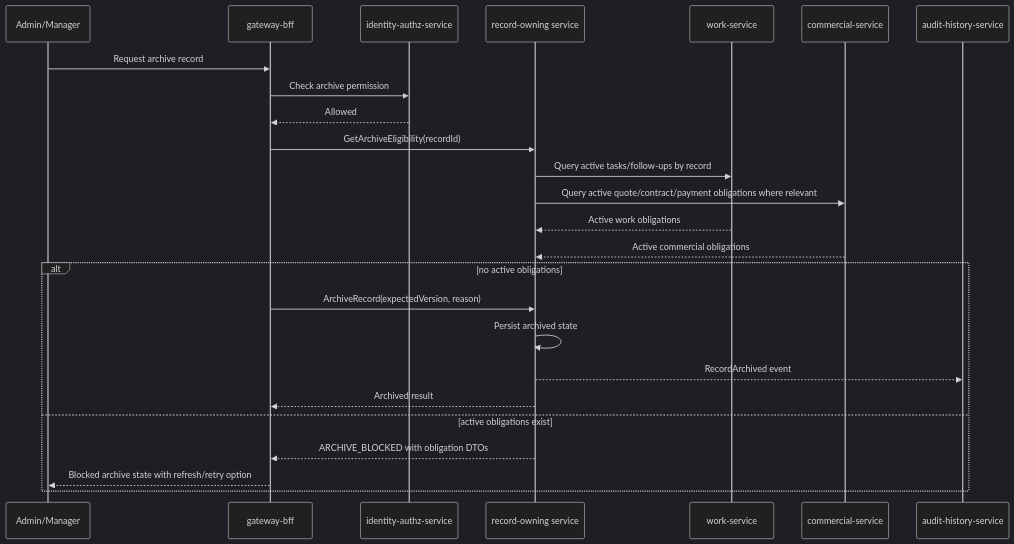
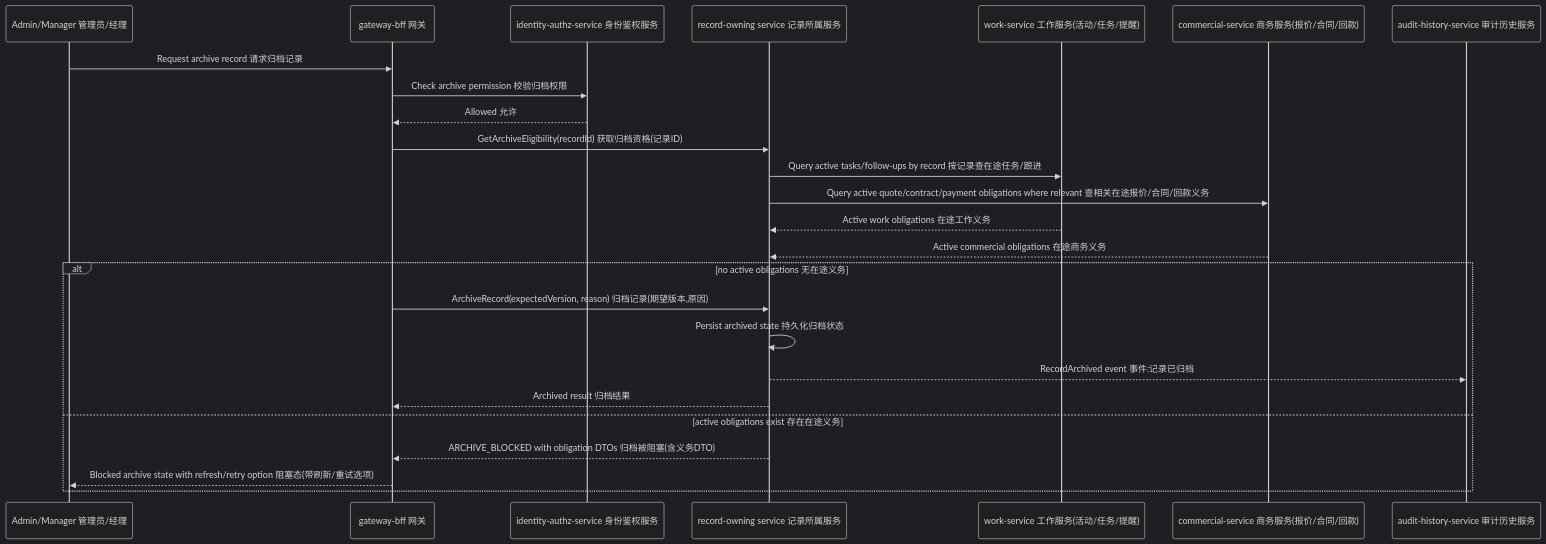
Before and after one commit to Neil996777/crm-system: diagram 11 of 14 in docs/architecture/architecture.md, drawn with Mermaid (dark theme). The commit also changed other lines of this file and 33 other files, not shown here.

````diff
--- a/docs/architecture/architecture.md
+++ b/docs/architecture/architecture.md
@@ -442,28 +442,28 @@
 ```mermaid
 sequenceDiagram
-  participant U as Admin/Manager
-  participant G as gateway-bff
-  participant P as identity-authz-service
-  participant R as record-owning service
-  participant W as work-service
-  participant C as commercial-service
-  participant H as audit-history-service
+  participant U as Admin/Manager 管理员/经理
+  participant G as gateway-bff 网关
+  participant P as identity-authz-service 身份鉴权服务
+  participant R as record-owning service 记录所属服务
+  participant W as work-service 工作服务(活动/任务/提醒)
+  participant C as commercial-service 商务服务(报价/合同/回款)
+  participant H as audit-history-service 审计历史服务
 
-  U->>G: Request archive record
-  G->>P: Check archive permission
-  P-->>G: Allowed
-  G->>R: GetArchiveEligibility(recordId)
-  R->>W: Query active tasks/follow-ups by record
-  R->>C: Query active quote/contract/payment obligations where relevant
-  W-->>R: Active work obligations
-  C-->>R: Active commercial obligations
-  alt no active obligations
-    G->>R: ArchiveRecord(expectedVersion, reason)
-    R->>R: Persist archived state
-    R-->>H: RecordArchived event
-    R-->>G: Archived result
-  else active obligations exist
-    R-->>G: ARCHIVE_BLOCKED with obligation DTOs
-    G-->>U: Blocked archive state with refresh/retry option
+  U->>G: Request archive record 请求归档记录
+  G->>P: Check archive permission 校验归档权限
+  P-->>G: Allowed 允许
+  G->>R: GetArchiveEligibility(recordId) 获取归档资格(记录ID)
+  R->>W: Query active tasks/follow-ups by record 按记录查在途任务/跟进
+  R->>C: Query active quote/contract/payment obligations where relevant 查相关在途报价/合同/回款义务
+  W-->>R: Active work obligations 在途工作义务
+  C-->>R: Active commercial obligations 在途商务义务
+  alt no active obligations 无在途义务
+    G->>R: ArchiveRecord(expectedVersion, reason) 归档记录(期望版本,原因)
+    R->>R: Persist archived state 持久化归档状态
+    R-->>H: RecordArchived event 事件:记录已归档
+    R-->>G: Archived result 归档结果
+  else active obligations exist 存在在途义务
+    R-->>G: ARCHIVE_BLOCKED with obligation DTOs 归档被阻塞(含义务DTO)
+    G-->>U: Blocked archive state with refresh/retry option 阻塞态(带刷新/重试选项)
   end
 ```
````
